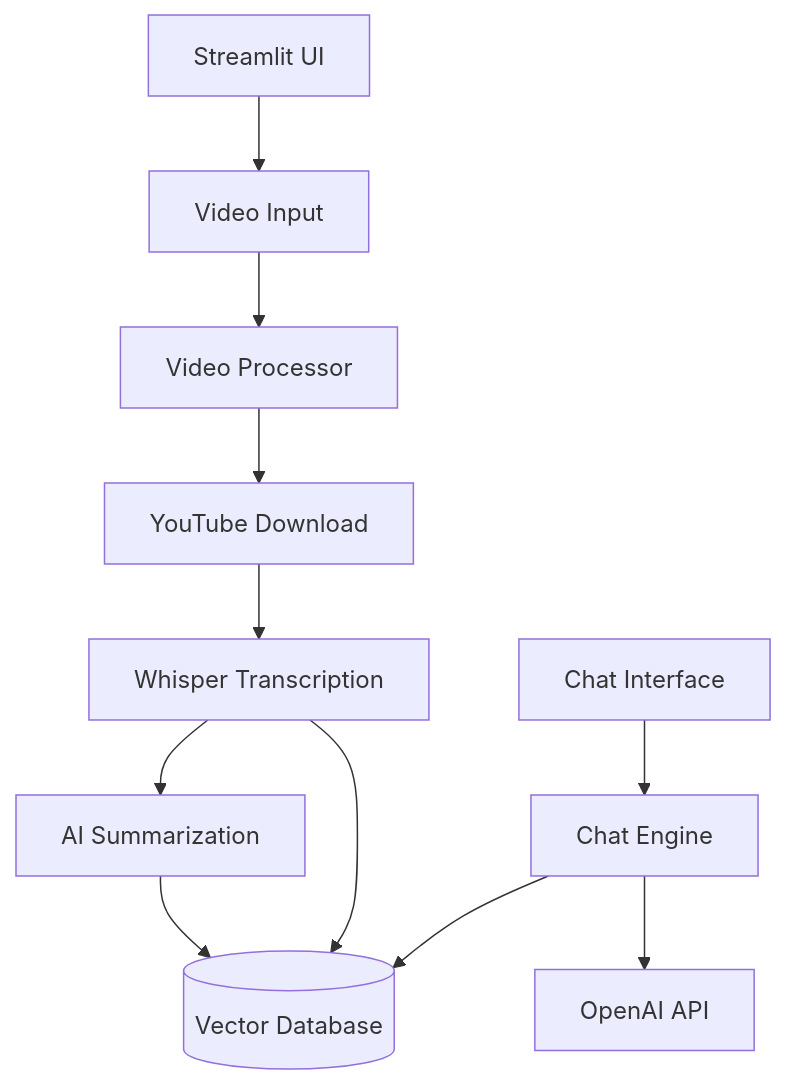
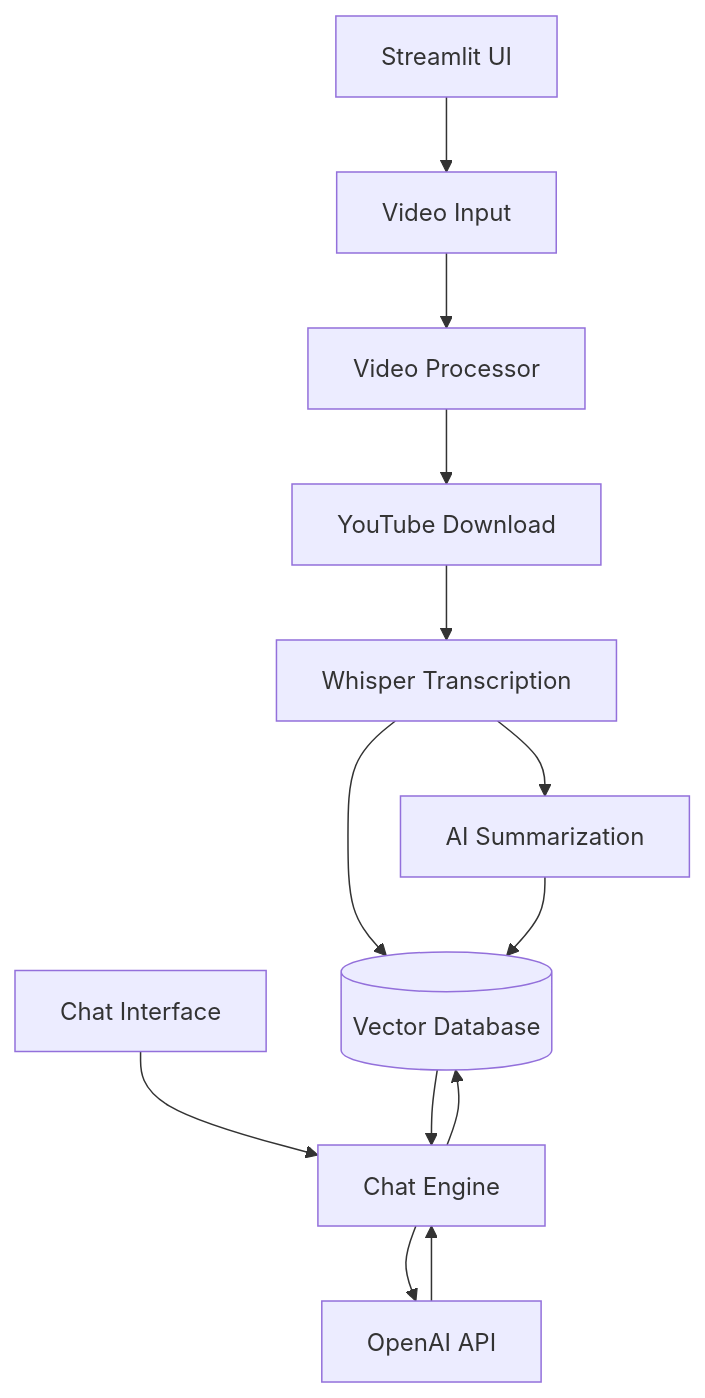
Before and after one commit to riyanshibohra/VideoMind-AI: the diagram in README.md, drawn with Mermaid.

````diff
--- a/README.md
+++ b/README.md
@@ -43,15 +43,17 @@
 ```mermaid
 graph TD
     A[Streamlit UI] --> B[Video Input]
     B --> C[Video Processor]
     C --> D[YouTube Download]
     D --> E[Whisper Transcription]
     E --> F[AI Summarization]
     
     G[Chat Interface] --> H[Chat Engine]
     H --> I[(Vector Database)]
+    I --> H
     H --> J[OpenAI API]
+    J --> H
     
     E --> I
     F --> I
 ```
````
